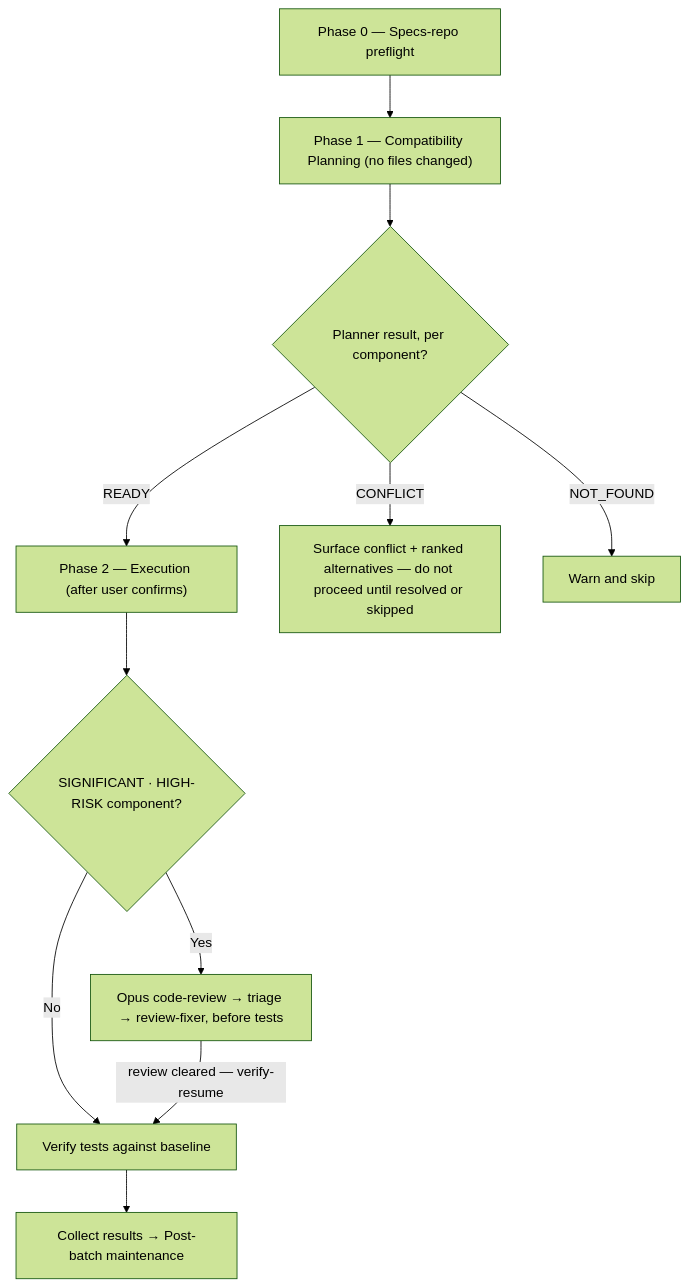
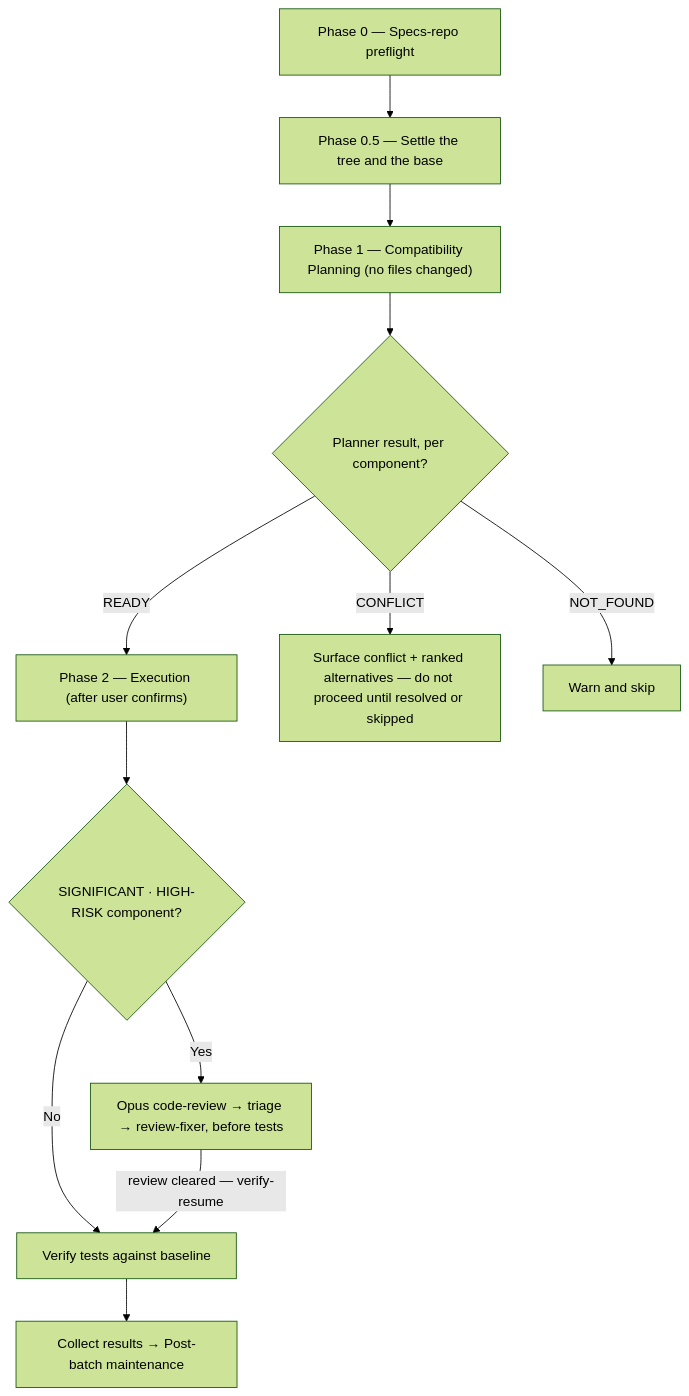
The diagram in plugins/dev-workflows/docs/commands/upgrade.md (ihudak/ai-workflows), drawn with Mermaid (forest theme) before and after one commit. The commit also changed other lines of this file and 19 other files, not shown here.

First line of the commit message:
fix(dev-workflows): /vuln and /upgrade settle the base before reading the code; transitive detection; auto-fix re-verified (4.39.0; workflows-core 1.57.1; batch B06)

````diff
--- a/plugins/dev-workflows/docs/commands/upgrade.md
+++ b/plugins/dev-workflows/docs/commands/upgrade.md
@@ -23,13 +23,14 @@
 ```mermaid
 flowchart TD
-    p0["Phase 0 — Specs-repo preflight"] --> p1["Phase 1 — Compatibility Planning (no files changed)"]
+    p0["Phase 0 — Specs-repo preflight"] --> p05["Phase 0.5 — Settle the tree and the base"]
+    p05 --> p1["Phase 1 — Compatibility Planning (no files changed)"]
     p1 --> d1{"Planner result, per component?"}
     d1 -->|"READY"| p2["Phase 2 — Execution (after user confirms)"]
     d1 -->|"CONFLICT"| stop1["Surface conflict + ranked alternatives — do not proceed until resolved or skipped"]
     d1 -->|"NOT_FOUND"| skip1["Warn and skip"]
     p2 --> d2{"SIGNIFICANT · HIGH-RISK component?"}
     d2 -->|"Yes"| rv["Opus code-review → triage → review-fixer, before tests"]
     d2 -->|"No"| tv["Verify tests against baseline"]
     rv -->|"review cleared — verify-resume"| tv
     tv --> done["Collect results → Post-batch maintenance"]
 ```
````
